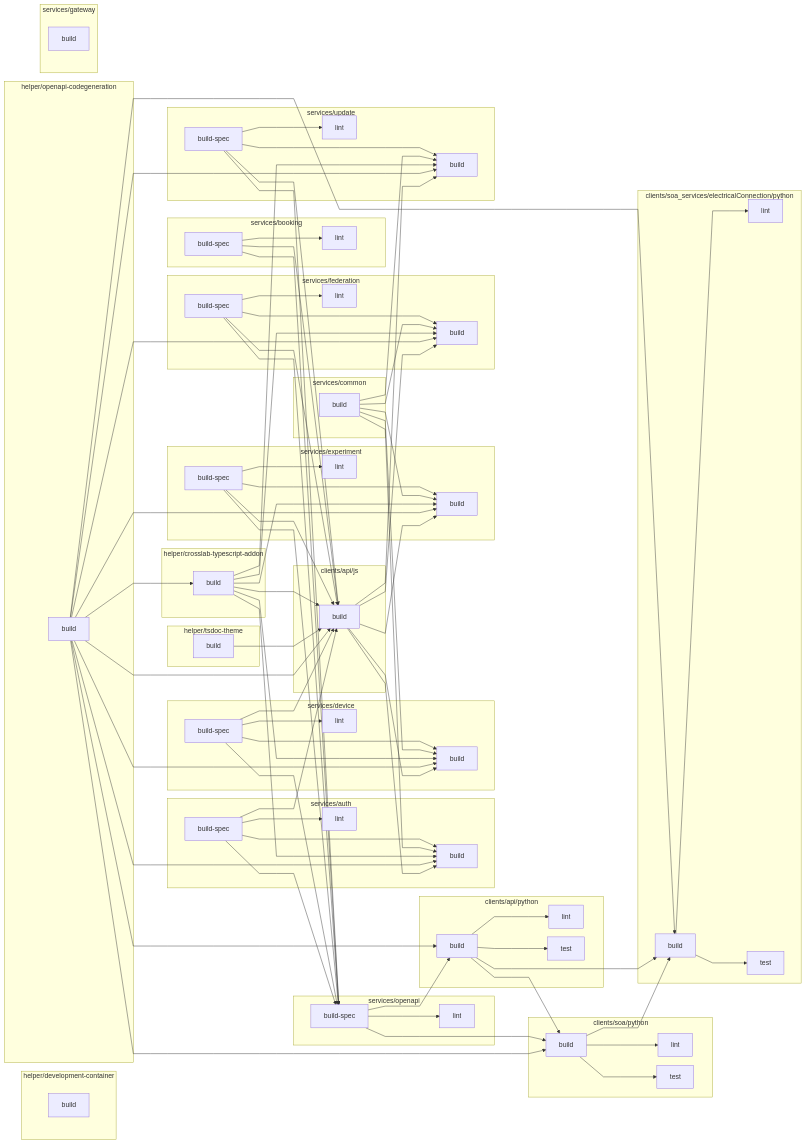
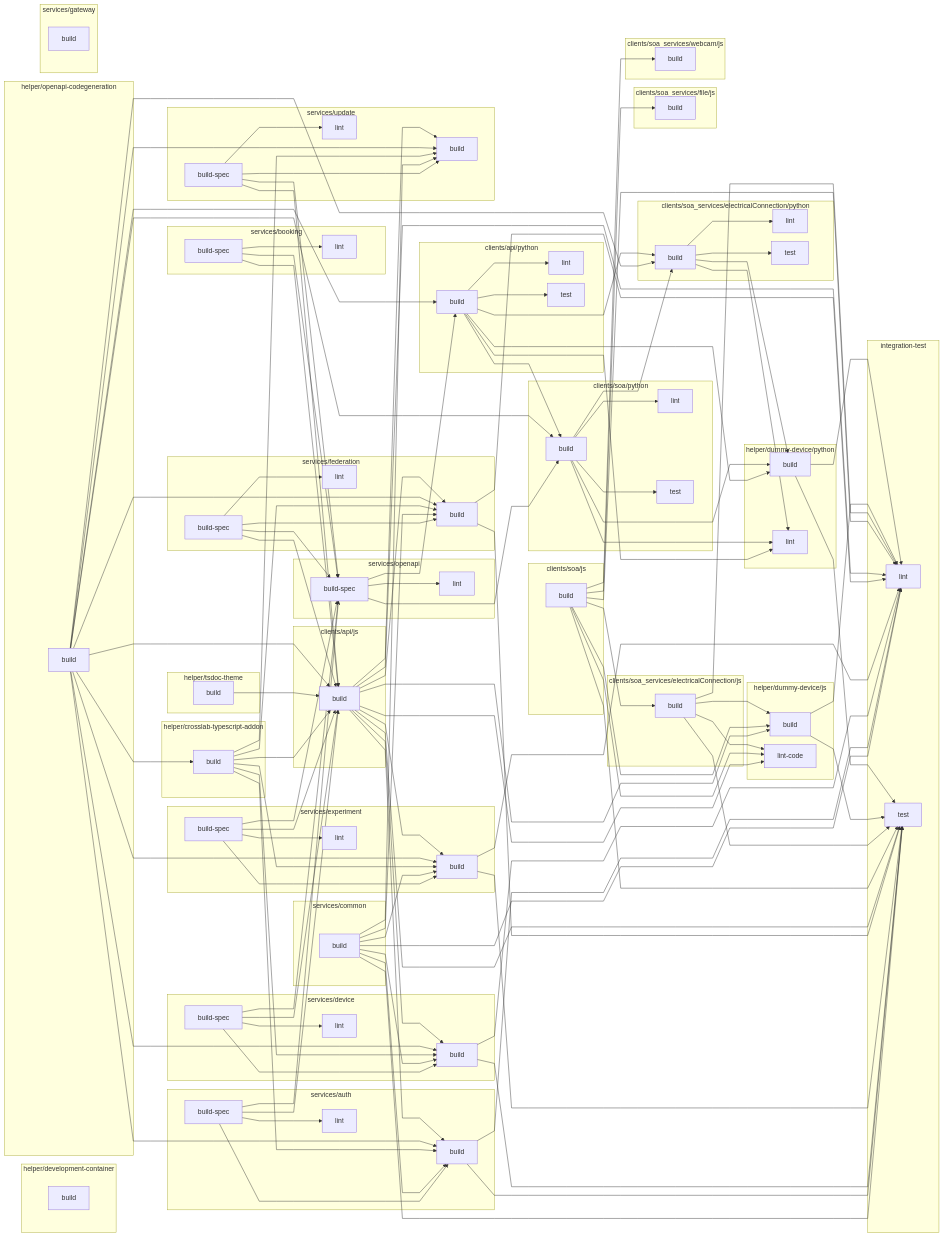
Before and after one commit to Cross-Lab-Project/crosslab: the diagram in README.md, drawn with Mermaid. The commit also changed other lines of this file and 204 other files, not shown here.

First line of the commit message:
Integration Test uvm. (#20)

```diff
--- a/README.md
+++ b/README.md
@@ -47,15 +54,27 @@
     clients/api/python:lint[lint]
     clients/api/python:test[test]
   end
+  subgraph clients/soa/js
+    clients/soa/js:build[build]
+  end
   subgraph clients/soa/python
     clients/soa/python:build[build]
     clients/soa/python:lint[lint]
     clients/soa/python:test[test]
   end
+  subgraph clients/soa_services/electricalConnection/js
+    clients/soa_services/electricalConnection/js:build[build]
+  end
   subgraph clients/soa_services/electricalConnection/python
     clients/soa_services/electricalConnection/python:build[build]
     clients/soa_services/electricalConnection/python:lint[lint]
     clients/soa_services/electricalConnection/python:test[test]
+  end
+  subgraph clients/soa_services/file/js
+    clients/soa_services/file/js:build[build]
+  end
+  subgraph clients/soa_services/webcam/js
+    clients/soa_services/webcam/js:build[build]
   end
   subgraph helper/crosslab-typescript-addon
     helper/crosslab-typescript-addon:build[build]
@@ -63,11 +82,23 @@
   subgraph helper/development-container
     helper/development-container:build[build]
   end
+  subgraph helper/dummy-device/js
+    helper/dummy-device/js:build[build]
+    helper/dummy-device/js:lint-code[lint-code]
+  end
+  subgraph helper/dummy-device/python
+    helper/dummy-device/python:build[build]
+    helper/dummy-device/python:lint[lint]
+  end
   subgraph helper/openapi-codegeneration
     helper/openapi-codegeneration:build[build]
   end
   subgraph helper/tsdoc-theme
     helper/tsdoc-theme:build[build]
+  end
+  subgraph integration-test
+    integration-test:lint[lint]
+    integration-test:test[test]
   end
   subgraph services/auth
     services/auth:build[build]
@@ -126,12 +157,47 @@
   clients/api/python:build[build] --> clients/soa/python:build[build]
   clients/soa/python:build[build] --> clients/soa/python:lint[lint]
   clients/soa/python:build[build] --> clients/soa/python:test[test]
+  clients/soa/js:build[build] --> clients/soa_services/electricalConnection/js:build[build]
   helper/openapi-codegeneration:build[build] --> clients/soa_services/electricalConnection/python:build[build]
   clients/api/python:build[build] --> clients/soa_services/electricalConnection/python:build[build]
   clients/soa/python:build[build] --> clients/soa_services/electricalConnection/python:build[build]
   clients/soa_services/electricalConnection/python:build[build] --> clients/soa_services/electricalConnection/python:lint[lint]
   clients/soa_services/electricalConnection/python:build[build] --> clients/soa_services/electricalConnection/python:test[test]
+  clients/soa/js:build[build] --> clients/soa_services/file/js:build[build]
+  clients/soa/js:build[build] --> clients/soa_services/webcam/js:build[build]
   helper/openapi-codegeneration:build[build] --> helper/crosslab-typescript-addon:build[build]
+  clients/api/js:build[build] --> helper/dummy-device/js:build[build]
+  clients/soa/js:build[build] --> helper/dummy-device/js:build[build]
+  clients/soa_services/electricalConnection/js:build[build] --> helper/dummy-device/js:build[build]
+  clients/api/js:build[build] --> helper/dummy-device/js:lint-code[lint-code]
+  clients/soa/js:build[build] --> helper/dummy-device/js:lint-code[lint-code]
+  clients/soa_services/electricalConnection/js:build[build] --> helper/dummy-device/js:lint-code[lint-code]
+  clients/api/python:build[build] --> helper/dummy-device/python:build[build]
+  clients/soa/python:build[build] --> helper/dummy-device/python:build[build]
+  clients/soa_services/electricalConnection/python:build[build] --> helper/dummy-device/python:build[build]
+  clients/api/python:build[build] --> helper/dummy-device/python:lint[lint]
+  clients/soa/python:build[build] --> helper/dummy-device/python:lint[lint]
+  clients/soa_services/electricalConnection/python:build[build] --> helper/dummy-device/python:lint[lint]
+  services/common:build[build] --> integration-test:lint[lint]
+  services/auth:build[build] --> integration-test:lint[lint]
+  services/device:build[build] --> integration-test:lint[lint]
+  services/experiment:build[build] --> integration-test:lint[lint]
+  services/federation:build[build] --> integration-test:lint[lint]
+  clients/api/js:build[build] --> integration-test:lint[lint]
+  clients/soa/js:build[build] --> integration-test:lint[lint]
+  clients/soa_services/electricalConnection/js:build[build] --> integration-test:lint[lint]
+  helper/dummy-device/js:build[build] --> integration-test:lint[lint]
+  helper/dummy-device/python:build[build] --> integration-test:lint[lint]
+  services/common:build[build] --> integration-test:test[test]
+  services/auth:build[build] --> integration-test:test[test]
+  services/device:build[build] --> integration-test:test[test]
+  services/experiment:build[build] --> integration-test:test[test]
+  services/federation:build[build] --> integration-test:test[test]
+  clients/api/js:build[build] --> integration-test:test[test]
+  clients/soa/js:build[build] --> integration-test:test[test]
+  clients/soa_services/electricalConnection/js:build[build] --> integration-test:test[test]
+  helper/dummy-device/js:build[build] --> integration-test:test[test]
+  helper/dummy-device/python:build[build] --> integration-test:test[test]
   services/auth:build-spec[build-spec] --> services/auth:build[build]
   services/common:build[build] --> services/auth:build[build]
   helper/crosslab-typescript-addon:build[build] --> services/auth:build[build]
```
